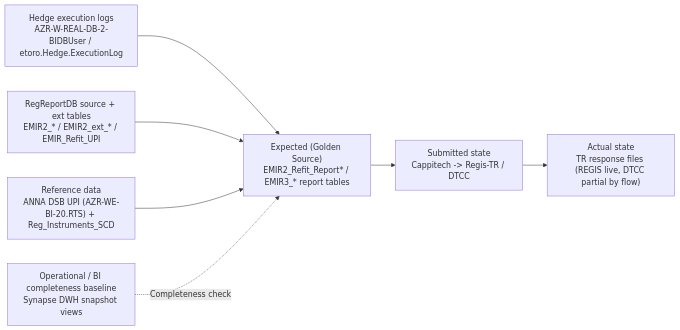
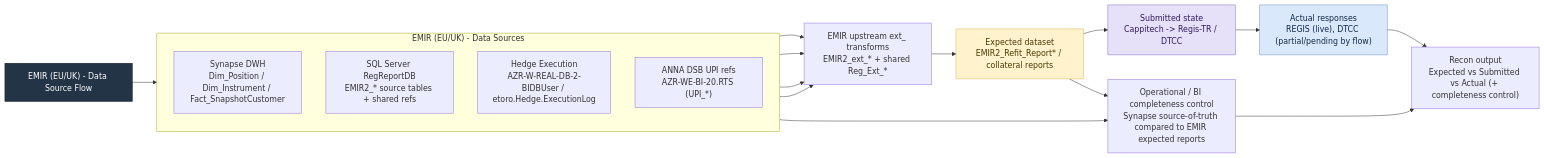
One commit to valentinosko-hub/RegTech changed the diagram in docs/reporting-model-emir-data-sources.md. Above: the diagram before and after it, drawn with Mermaid. The commit also changed other lines of this file and 15 other files, not shown here.

Commit message:
Style per-model diagrams with title and state colors

````diff
--- a/docs/reporting-model-emir-data-sources.md
+++ b/docs/reporting-model-emir-data-sources.md
@@ -3,17 +3,36 @@
 ```mermaid
 flowchart LR
-  B1["Operational / BI completeness baseline<br/>Synapse DWH snapshot views"]
-  S1["Hedge execution logs<br/>AZR-W-REAL-DB-2-BIDBUser / etoro.Hedge.ExecutionLog"]
-  S2["RegReportDB source + ext tables<br/>EMIR2_* / EMIR2_ext_* / EMIR_Refit_UPI"]
-  S3["Reference data<br/>ANNA DSB UPI (AZR-WE-BI-20.RTS) + Reg_Instruments_SCD"]
+  T["EMIR (EU/UK) - Data Source Flow"]
+  subgraph SRC["EMIR (EU/UK) - Data Sources"]
+    direction TB
+    A["Synapse DWH<br/>Dim_Position / Dim_Instrument / Fact_SnapshotCustomer"]
+    B["SQL Server RegReportDB<br/>EMIR2_* source tables + shared refs"]
+    C["Hedge Execution<br/>AZR-W-REAL-DB-2-BIDBUser / etoro.Hedge.ExecutionLog"]
+    D["ANNA DSB UPI refs<br/>AZR-WE-BI-20.RTS (UPI_*)"]
+  end
+  CTRL["Operational / BI completeness control<br/>Synapse source-of-truth compared to EMIR expected reports"]
+  U["EMIR upstream ext_ transforms<br/>EMIR2_ext_* + shared Reg_Ext_*"]
+  E["Expected dataset<br/>EMIR2_Refit_Report* / collateral reports"]
+  S["Submitted state<br/>Cappitech -> Regis-TR / DTCC"]
+  R["Actual responses<br/>REGIS (live), DTCC (partial/pending by flow)"]
+  X["Recon output<br/>Expected vs Submitted vs Actual (+ completeness control)"]
+  T --> A
+  A --> CTRL
+  A --> U
+  B --> U
+  C --> U
+  D --> U
+  U --> E --> S --> R --> X
+  E --> CTRL
+  CTRL --> X
 
-  EXP["Expected (Golden Source)<br/>EMIR2_Refit_Report* / EMIR3_* report tables"]
-  SUB["Submitted state<br/>Cappitech -> Regis-TR / DTCC"]
-  ACT["Actual state<br/>TR response files (REGIS live, DTCC partial by flow)"]
+  classDef title fill:#243447,stroke:#0f1a24,color:#ffffff,fontWeight:bold,fontSize:14px;
+  classDef expected fill:#fff2cc,stroke:#d6b656,color:#4a3900,fontWeight:bold;
+  classDef submitted fill:#e6e0f8,stroke:#7f70bf,color:#2f1a5f,fontWeight:bold;
+  classDef actual fill:#dae8fc,stroke:#6c8ebf,color:#0e2a47,fontWeight:bold;
 
-  S1 --> EXP
-  S2 --> EXP
-  S3 --> EXP
-  EXP --> SUB --> ACT
-  B1 -. Completeness check .-> EXP
+  class T title;
+  class E expected;
+  class S submitted;
+  class R actual;
 ```
````
